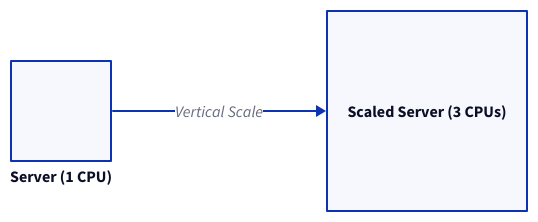
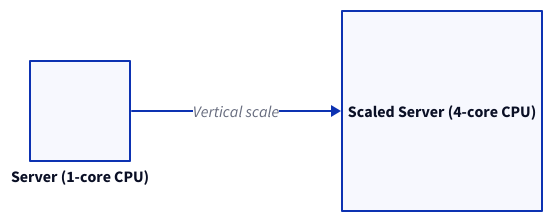
The first of 15 diagrams in content/web-service/microservice.md (link1905/system-design-101), drawn with D2 before and after one commit. The commit also changed other lines of this file and 13 other files, not shown here.

````diff
--- a/content/web-service/microservice.md
+++ b/content/web-service/microservice.md
@@ -27,14 +27,14 @@
 ```d2
 direction: right
-server1: Server (1 CPU) {
+server1: Server (1-core CPU) {
   class: server
   width: 100
   height: 100
 }
-server2: Scaled Server (3 CPUs) {
+server2: Scaled Server (4-core CPU) {
   class: server
   width: 200
   height: 200
 }
-server1 -> server2: "Vertical Scale"
+server1 -> server2: "Vertical scale"
 ```
````
